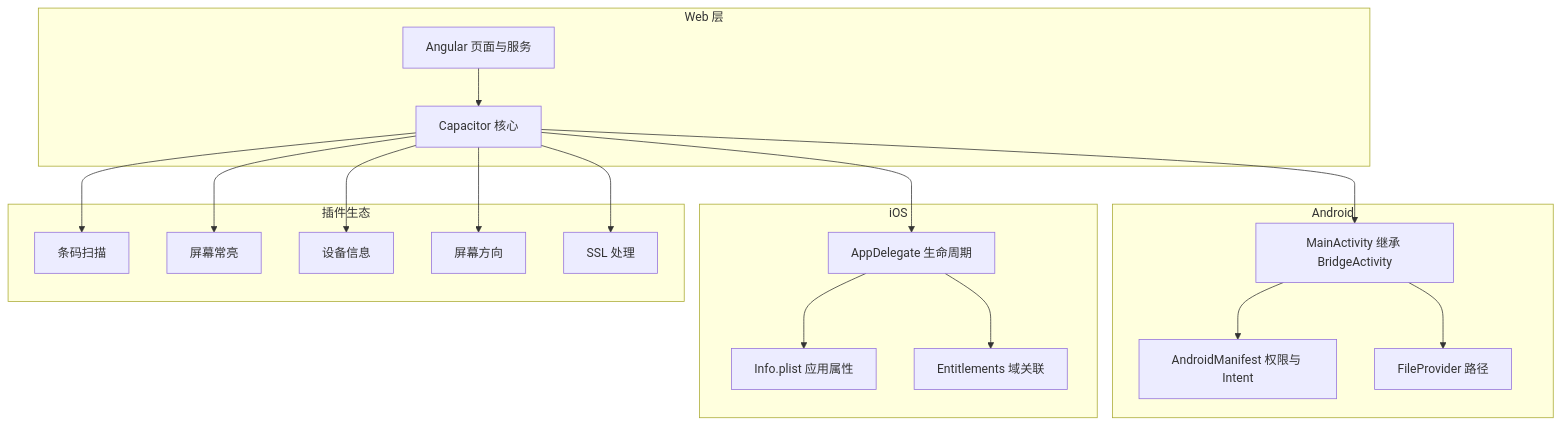
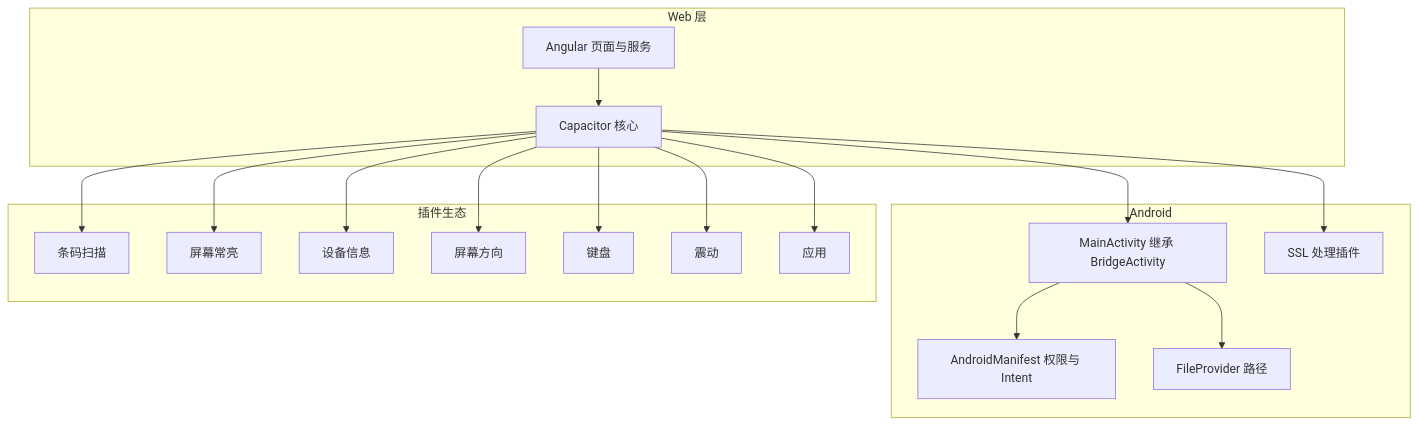
Before and after one commit to dingxyang/Macro-Deck-Client-App: the second of 5 diagrams in .qoder/repowiki/zh/content/原生平台集成/原生平台集成.md, drawn with Mermaid. The commit also changed other lines of this file and 47 other files, not shown here.

````diff
--- a/.qoder/repowiki/zh/content/原生平台集成/原生平台集成.md
+++ b/.qoder/repowiki/zh/content/原生平台集成/原生平台集成.md
@@ -116,36 +117,34 @@
 ```mermaid
 graph TB
 subgraph "Web 层"
 WEB["Angular 页面与服务"]
 CAP["Capacitor 核心"]
 end
 subgraph "Android"
 ACT["MainActivity 继承 BridgeActivity"]
 MAN["AndroidManifest 权限与 Intent"]
 FP["FileProvider 路径"]
-end
-subgraph "iOS"
-APPDEL["AppDelegate 生命周期"]
-INFO["Info.plist 应用属性"]
-ENT["Entitlements 域关联"]
+SSL["SSL 处理插件"]
 end
 subgraph "插件生态"
 BAR["条码扫描"]
 KEEP["屏幕常亮"]
 DEV["设备信息"]
 ORI["屏幕方向"]
-SSL["SSL 处理"]
+KEY["键盘"]
+HAP["震动"]
+APP["应用"]
 end
 WEB --> CAP
 CAP --> ACT
-CAP --> APPDEL
 ACT --> MAN
 ACT --> FP
-APPDEL --> INFO
-APPDEL --> ENT
 CAP --> BAR
 CAP --> KEEP
 CAP --> DEV
 CAP --> ORI
+CAP --> KEY
+CAP --> HAP
+CAP --> APP
 CAP --> SSL
 ```
````
